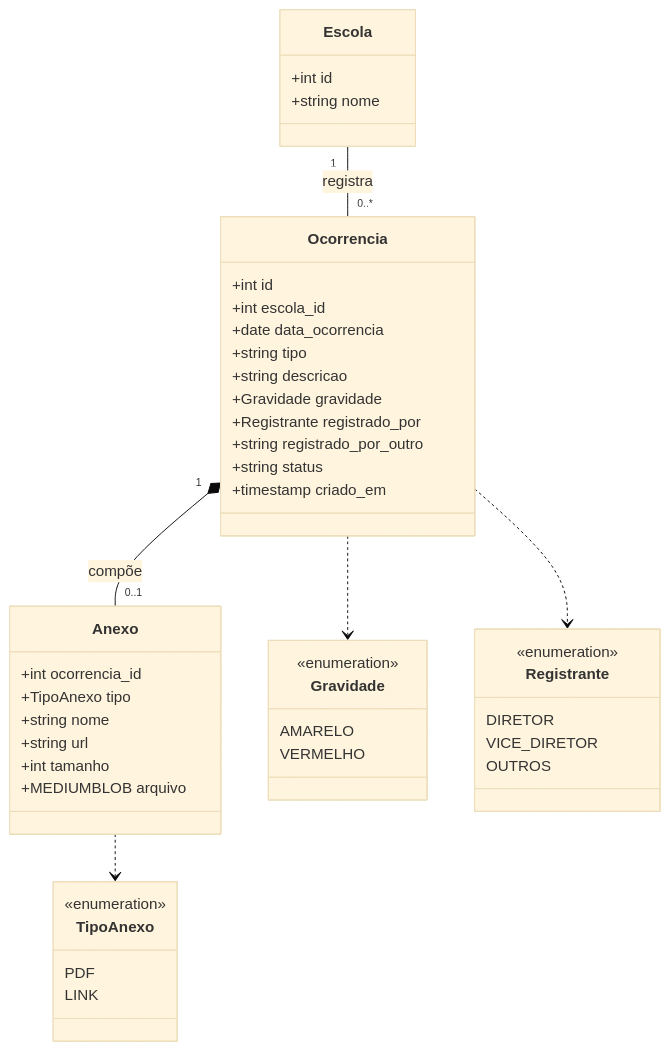
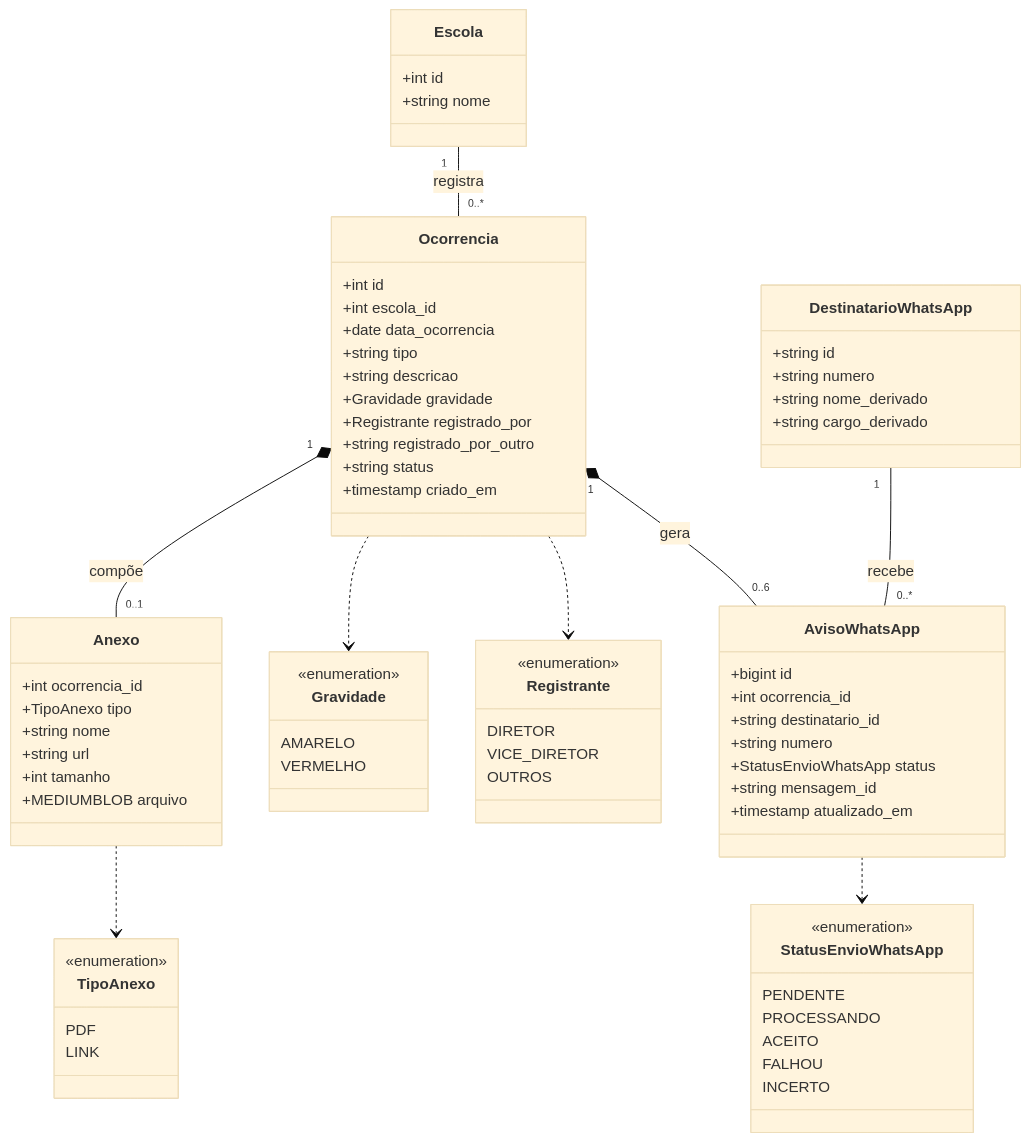
The first of 4 diagrams in docs/arquitetura.md (Rafael1313html/escola-notifica-o), drawn with Mermaid (base theme) before and after one commit. The commit also changed other lines of this file and 45 other files, not shown here.

Commit message:
Add WhatsApp alerts, client UML presentation and compact footer

````diff
--- a/docs/arquitetura.md
+++ b/docs/arquitetura.md
@@ -13,48 +15,74 @@
 ```mermaid
 classDiagram
     Escola "1" -- "0..*" Ocorrencia : registra
     Ocorrencia "1" *-- "0..1" Anexo : compõe
     Ocorrencia ..> Gravidade
     Ocorrencia ..> Registrante
     Anexo ..> TipoAnexo
+    Ocorrencia "1" *-- "0..6" AvisoWhatsApp : gera
+    DestinatarioWhatsApp "1" -- "0..*" AvisoWhatsApp : recebe
+    AvisoWhatsApp ..> StatusEnvioWhatsApp
+    class DestinatarioWhatsApp {
+        +string id
+        +string numero
+        +string nome_derivado
+        +string cargo_derivado
+    }
+    class AvisoWhatsApp {
+        +bigint id
+        +int ocorrencia_id
+        +string destinatario_id
+        +string numero
+        +StatusEnvioWhatsApp status
+        +string mensagem_id
+        +timestamp atualizado_em
+    }
+    class StatusEnvioWhatsApp {
+        <<enumeration>>
+        PENDENTE
+        PROCESSANDO
+        ACEITO
+        FALHOU
+        INCERTO
+    }
     class Escola {
         +int id
         +string nome
     }
     class Ocorrencia {
         +int id
         +int escola_id
         +date data_ocorrencia
         +string tipo
         +string descricao
         +Gravidade gravidade
         +Registrante registrado_por
         +string registrado_por_outro
         +string status
         +timestamp criado_em
     }
     class Anexo {
         +int ocorrencia_id
         +TipoAnexo tipo
         +string nome
         +string url
         +int tamanho
         +MEDIUMBLOB arquivo
     }
     class Gravidade {
         <<enumeration>>
         AMARELO
         VERMELHO
     }
     class Registrante {
         <<enumeration>>
         DIRETOR
         VICE_DIRETOR
         OUTROS
     }
     class TipoAnexo {
         <<enumeration>>
         PDF
         LINK
     }
 ```
````
